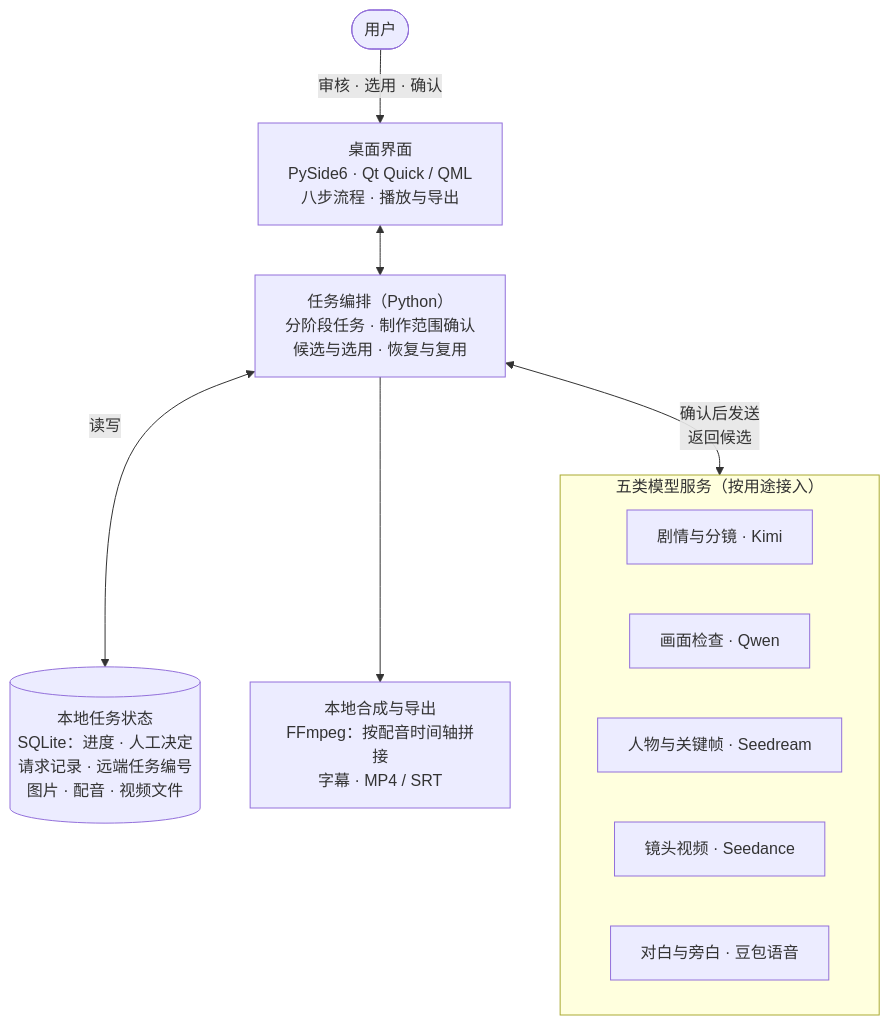
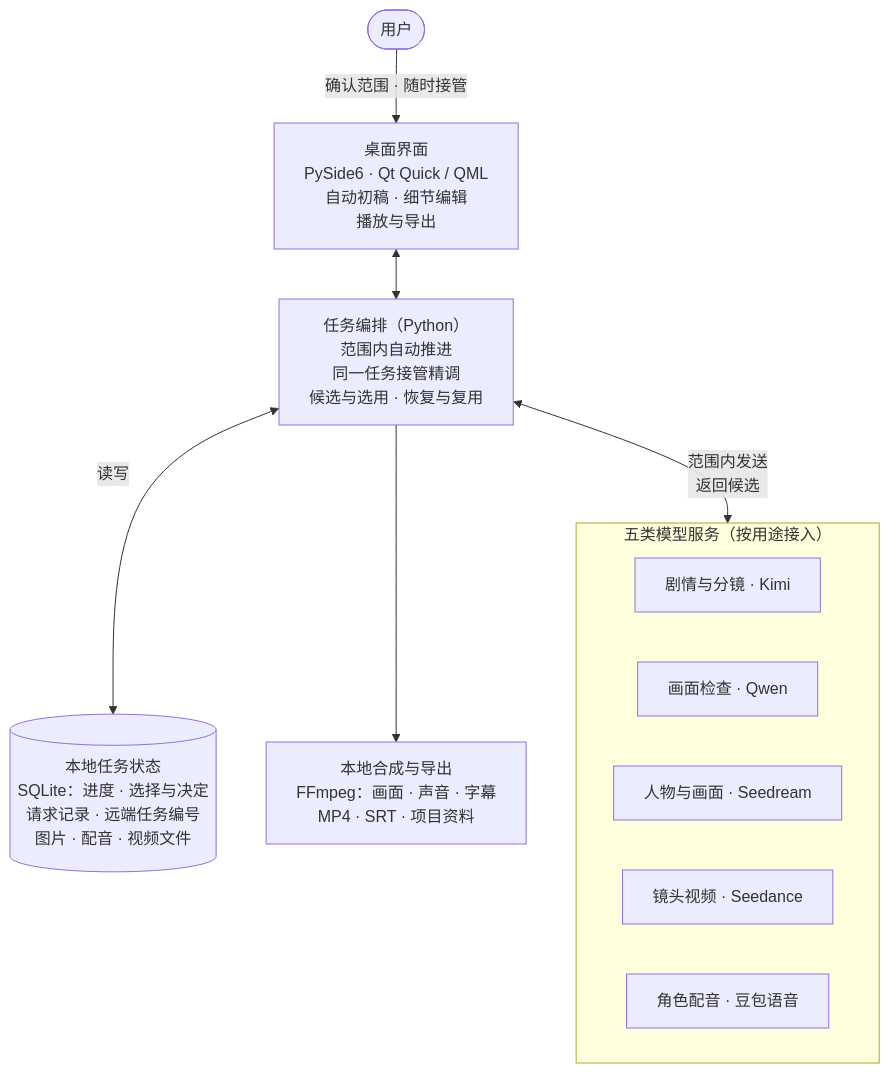
Before and after one commit to chenyihang98-pixel/chapter-drama-agent-showcase: the diagram in README.md, drawn with Mermaid. The commit also changed other lines of this file and 6 other files, not shown here.

````diff
--- a/README.md
+++ b/README.md
@@ -29,16 +47,16 @@
 ```mermaid
 flowchart TB
-    USER(["用户"]) -->|"审核 · 选用 · 确认"| UI["桌面界面<br/>PySide6 · Qt Quick / QML<br/>八步流程 · 播放与导出"]
-    UI <--> APP["任务编排（Python）<br/>分阶段任务 · 制作范围确认<br/>候选与选用 · 恢复与复用"]
-    APP <-->|"确认后发送<br/>返回候选"| MODELS
-    APP <-->|"读写"| DB[("本地任务状态<br/>SQLite：进度 · 人工决定<br/>请求记录 · 远端任务编号<br/>图片 · 配音 · 视频文件")]
-    APP --> FF["本地合成与导出<br/>FFmpeg：按配音时间轴拼接<br/>字幕 · MP4 / SRT"]
+    USER(["用户"]) -->|"确认范围 · 随时接管"| UI["桌面界面<br/>PySide6 · Qt Quick / QML<br/>自动初稿 · 细节编辑<br/>播放与导出"]
+    UI <--> APP["任务编排（Python）<br/>范围内自动推进<br/>同一任务接管精调<br/>候选与选用 · 恢复与复用"]
+    APP <-->|"范围内发送<br/>返回候选"| MODELS
+    APP <-->|"读写"| DB[("本地任务状态<br/>SQLite：进度 · 选择与决定<br/>请求记录 · 远端任务编号<br/>图片 · 配音 · 视频文件")]
+    APP --> FF["本地合成与导出<br/>FFmpeg：画面 · 声音 · 字幕<br/>MP4 · SRT · 项目资料"]
     subgraph MODELS["五类模型服务（按用途接入）"]
         direction LR
         T["剧情与分镜 · Kimi"]
         V["画面检查 · Qwen"]
-        I["人物与关键帧 · Seedream"]
+        I["人物与画面 · Seedream"]
         M["镜头视频 · Seedance"]
-        S["对白与旁白 · 豆包语音"]
+        S["角色配音 · 豆包语音"]
     end
 ```
````
